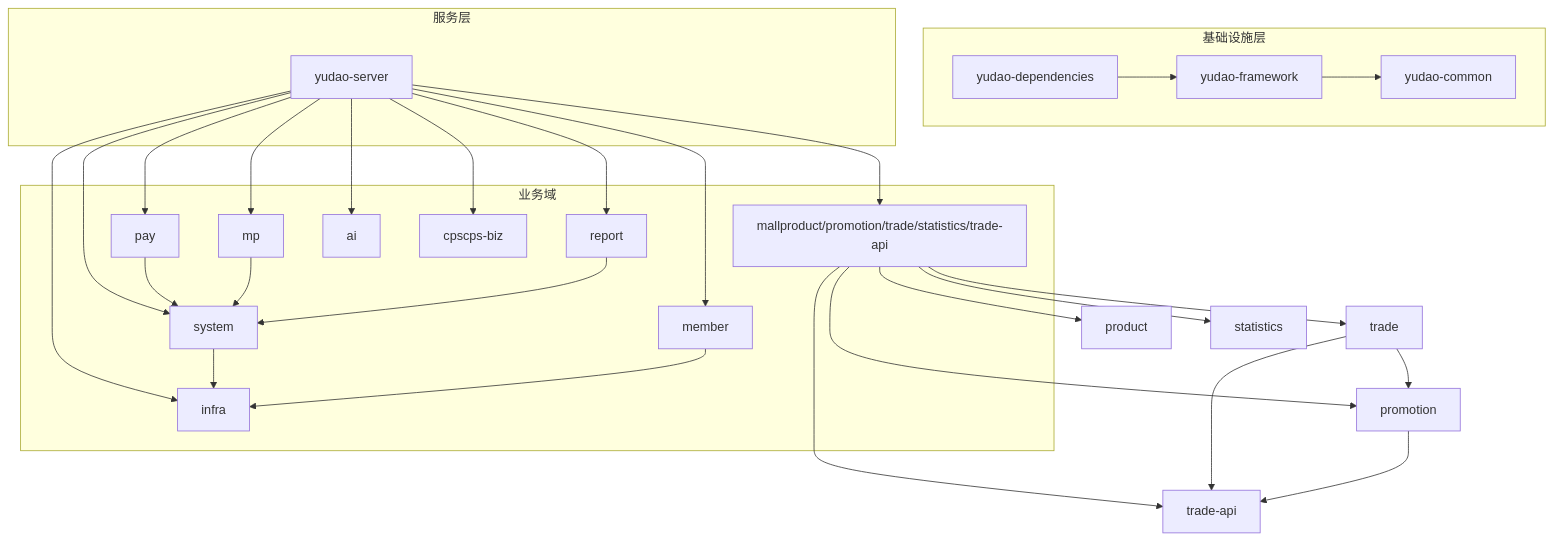
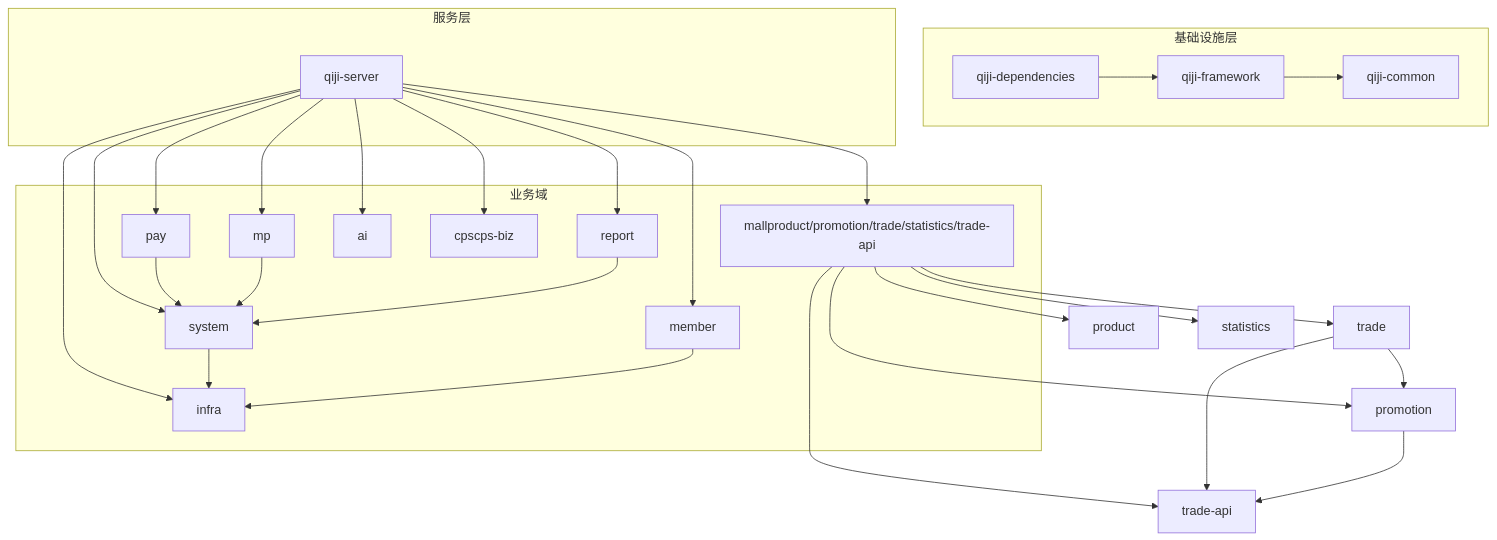
One commit to zhuangpengLI/AgenticCPS changed the second of 5 diagrams in backend/.qoder/repowiki/zh/content/项目概述/项目模块架构.md. Above: the diagram before and after it, drawn with Mermaid. The commit also changed other lines of this file and 3489 other files, not shown here.

````diff
--- a/backend/.qoder/repowiki/zh/content/项目概述/项目模块架构.md
+++ b/backend/.qoder/repowiki/zh/content/项目概述/项目模块架构.md
@@ -96,46 +96,46 @@
 ```mermaid
 graph TB
 subgraph "基础设施层"
-Deps["yudao-dependencies"]
-Fwk["yudao-framework"]
-Common["yudao-common"]
+Deps["qiji-dependencies"]
+Fwk["qiji-framework"]
+Common["qiji-common"]
 end
 subgraph "服务层"
-Srv["yudao-server"]
+Srv["qiji-server"]
 end
 subgraph "业务域"
 Sys["system"]
 Infra["infra"]
 Member["member"]
 Report["report"]
 MP["mp"]
 Pay["pay"]
 Mall["mallproduct/promotion/trade/statistics/trade-api"]
 AI["ai"]
 CPS["cpscps-biz"]
 end
 Deps --> Fwk
 Fwk --> Common
 Srv --> Sys
 Srv --> Infra
 Srv --> Member
 Srv --> Report
 Srv --> MP
 Srv --> Pay
 Srv --> Mall
 Srv --> AI
 Srv --> CPS
 Sys --> Infra
 Member --> Infra
 Pay --> Sys
 MP --> Sys
 Report --> Sys
 Mall --> Product["product"]
 Mall --> Promotion["promotion"]
 Mall --> Trade["trade"]
 Mall --> Statistics["statistics"]
 Mall --> TradeApi["trade-api"]
 Trade --> Promotion
 Trade --> TradeApi
 Promotion --> TradeApi
 ```
````
